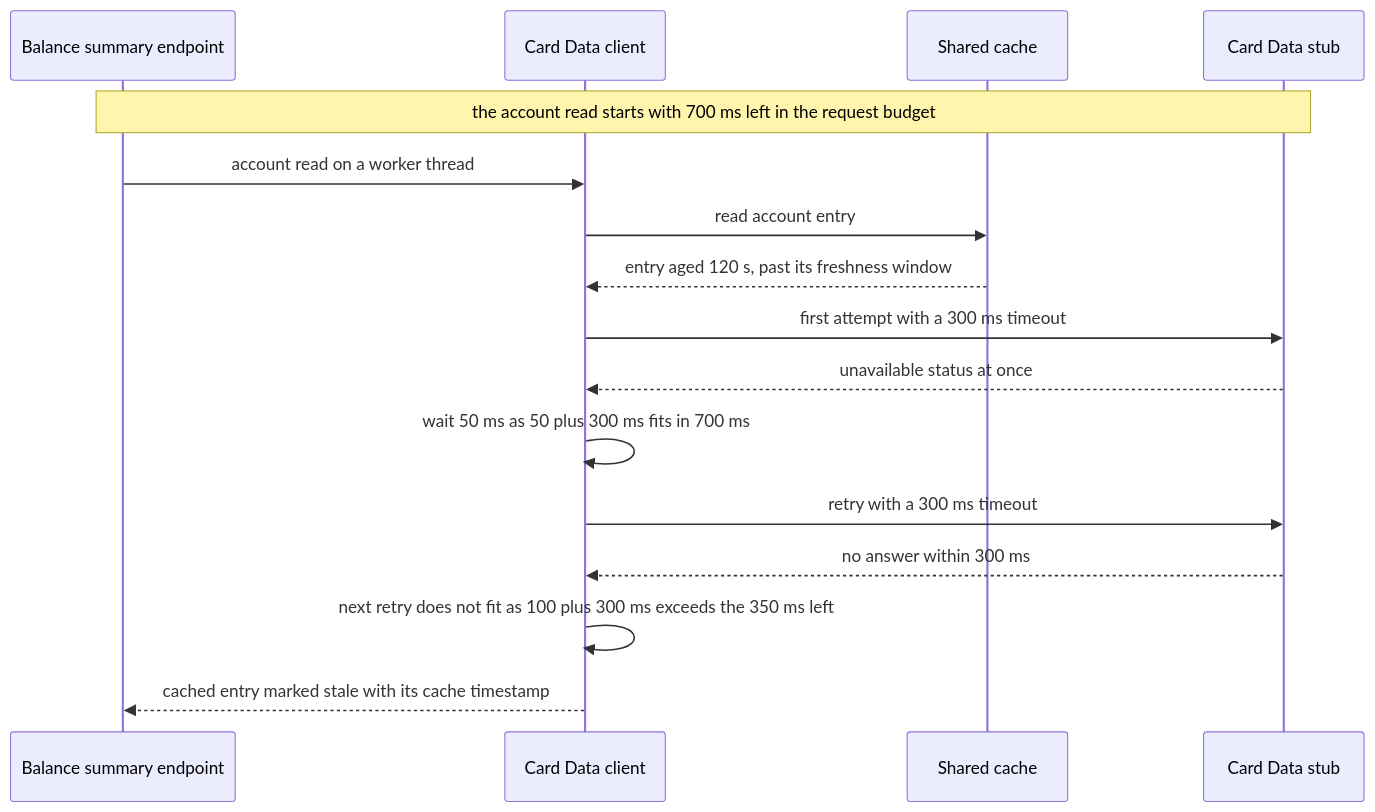
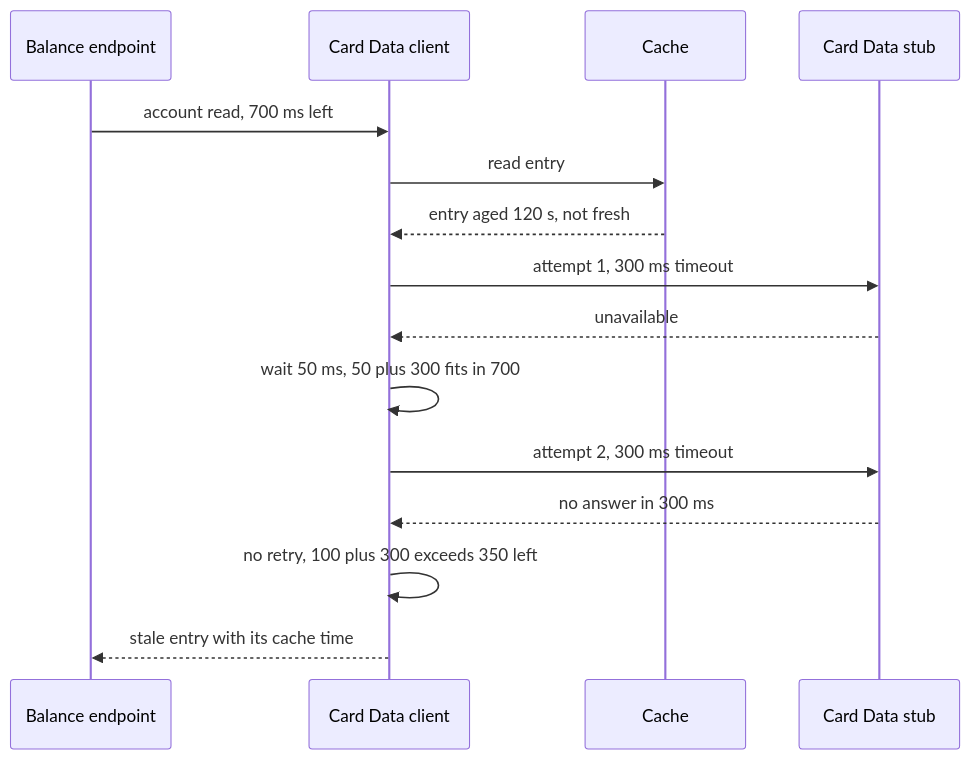
The diagram in docs/backlog/epics/CS-09-card-data-integration/stories/CS-09-005-card-data-client-with-account-and-category-balance-caching.md (blitzy-public-samples/aws-carddemo-blitzy), drawn with Mermaid before and after one commit. The commit also changed other lines of this file and 6 other files, not shown here.

````diff
--- a/docs/backlog/epics/CS-09-card-data-integration/stories/CS-09-005-card-data-client-with-account-and-category-balance-caching.md
+++ b/docs/backlog/epics/CS-09-card-data-integration/stories/CS-09-005-card-data-client-with-account-and-category-balance-caching.md
@@ -132,18 +138,17 @@
 ```mermaid
 sequenceDiagram
-    participant Endpoint as Balance summary endpoint
+    participant Endpoint as Balance endpoint
     participant Client as Card Data client
-    participant Cache as Shared cache
+    participant Cache
     participant Stub as Card Data stub
-    Note over Endpoint,Stub: the account read starts with 700 ms left in the request budget
-    Endpoint->>Client: account read on a worker thread
-    Client->>Cache: read account entry
-    Cache-->>Client: entry aged 120 s, past its freshness window
-    Client->>Stub: first attempt with a 300 ms timeout
-    Stub-->>Client: unavailable status at once
-    Client->>Client: wait 50 ms as 50 plus 300 ms fits in 700 ms
-    Client->>Stub: retry with a 300 ms timeout
-    Stub-->>Client: no answer within 300 ms
-    Client->>Client: next retry does not fit as 100 plus 300 ms exceeds the 350 ms left
-    Client-->>Endpoint: cached entry marked stale with its cache timestamp
+    Endpoint->>Client: account read, 700 ms left
+    Client->>Cache: read entry
+    Cache-->>Client: entry aged 120 s, not fresh
+    Client->>Stub: attempt 1, 300 ms timeout
+    Stub-->>Client: unavailable
+    Client->>Client: wait 50 ms, 50 plus 300 fits in 700
+    Client->>Stub: attempt 2, 300 ms timeout
+    Stub-->>Client: no answer in 300 ms
+    Client->>Client: no retry, 100 plus 300 exceeds 350 left
+    Client-->>Endpoint: stale entry with its cache time
 ```
````
